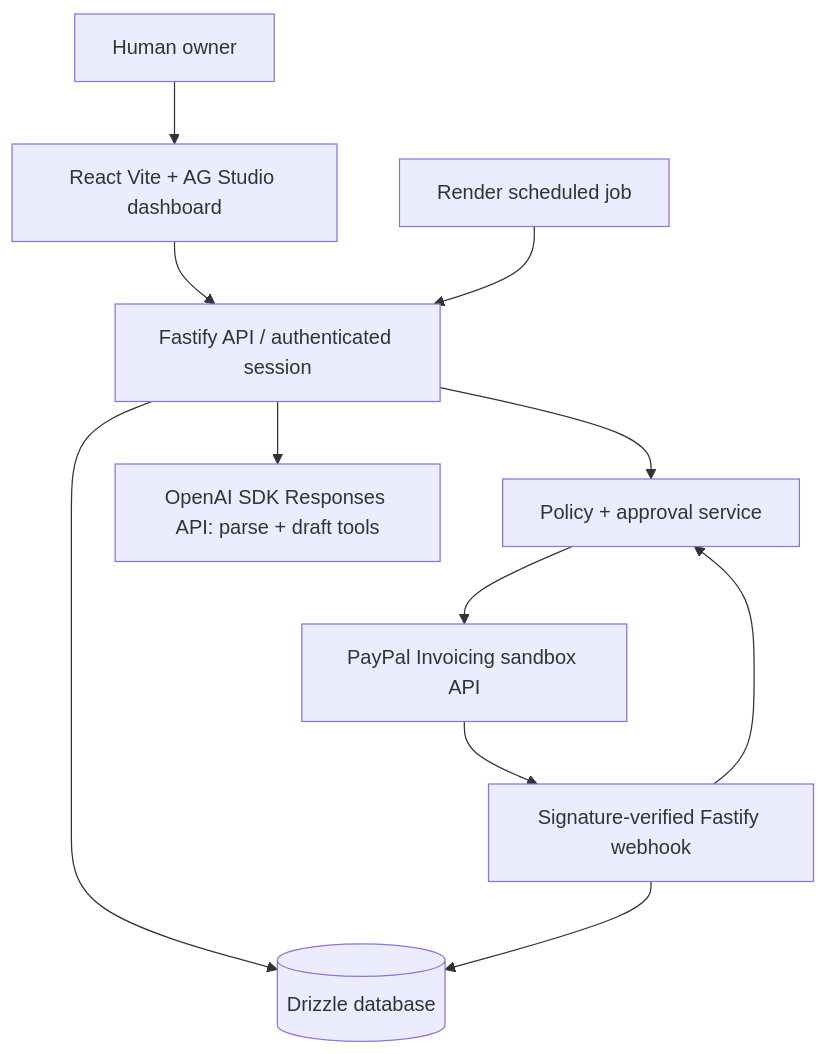
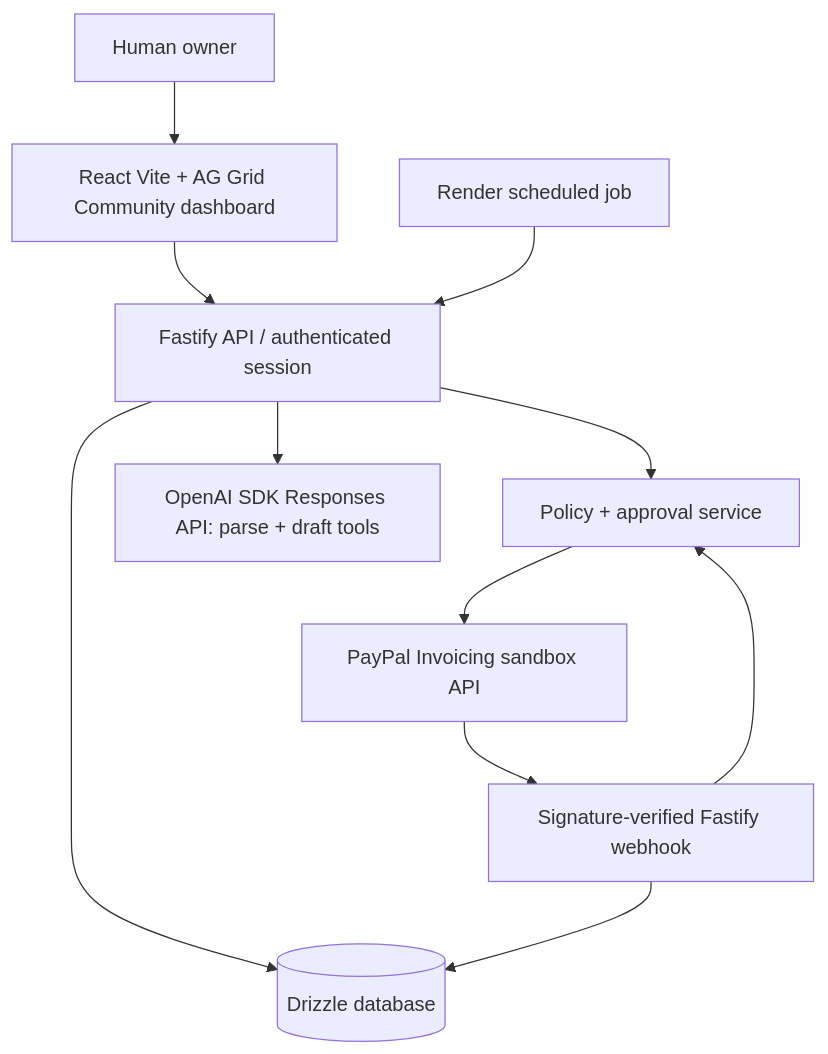
One commit to mrdzyn/nudgemyinvoice changed the diagram in docs/ARCHITECTURE.md. Above: the diagram before and after it, drawn with Mermaid. The commit also changed other lines of this file and 73 other files, not shown here.

First line of the commit message:
feat(web): integrate AG Grid Community invoice dashboard (#17)

````diff
--- a/docs/ARCHITECTURE.md
+++ b/docs/ARCHITECTURE.md
@@ -6,13 +6,13 @@
 ```mermaid
 flowchart TD
-  U[Human owner] --> W[React Vite + AG Studio dashboard]
+  U[Human owner] --> W[React Vite + AG Grid Community dashboard]
   W --> A[Fastify API / authenticated session]
   A --> P[Policy + approval service]
   A --> D[(Drizzle database)]
   A --> AI[OpenAI SDK Responses API: parse + draft tools]
   P --> PP[PayPal Invoicing sandbox API]
   PP --> H[Signature-verified Fastify webhook]
   H --> D
   H --> P
   C[Render scheduled job] --> A
 ```
````
